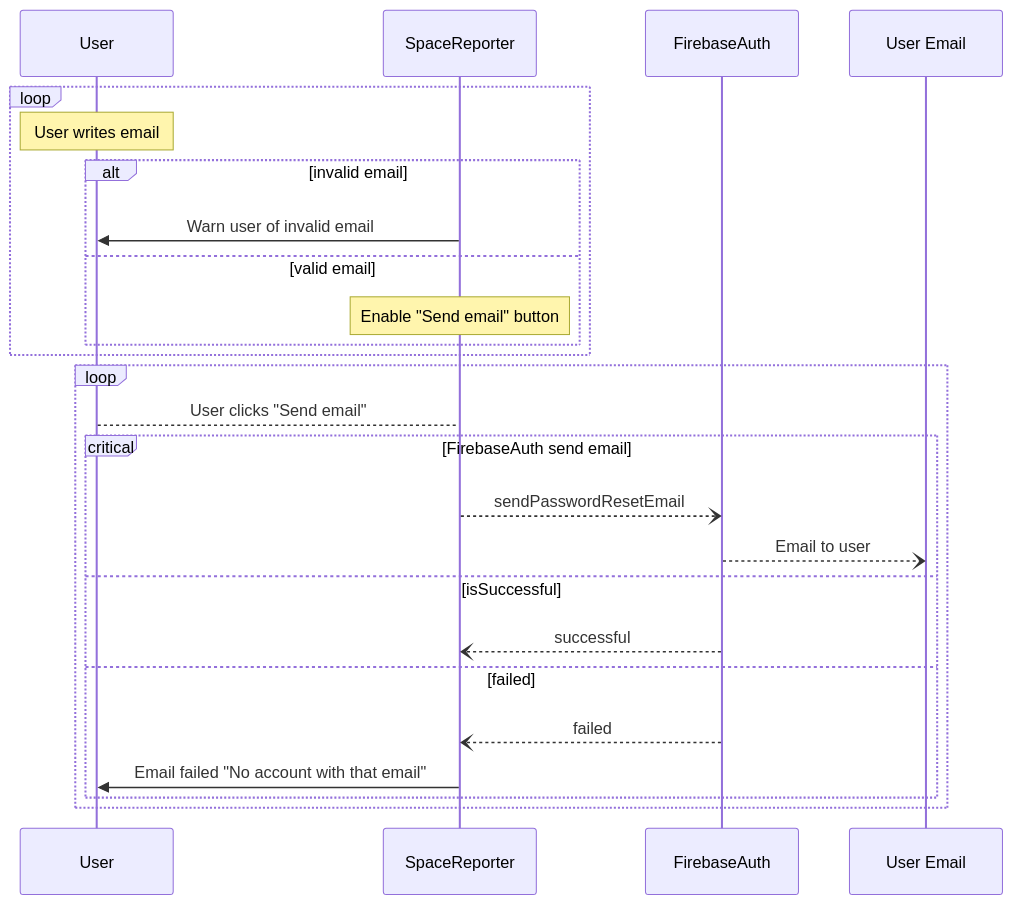
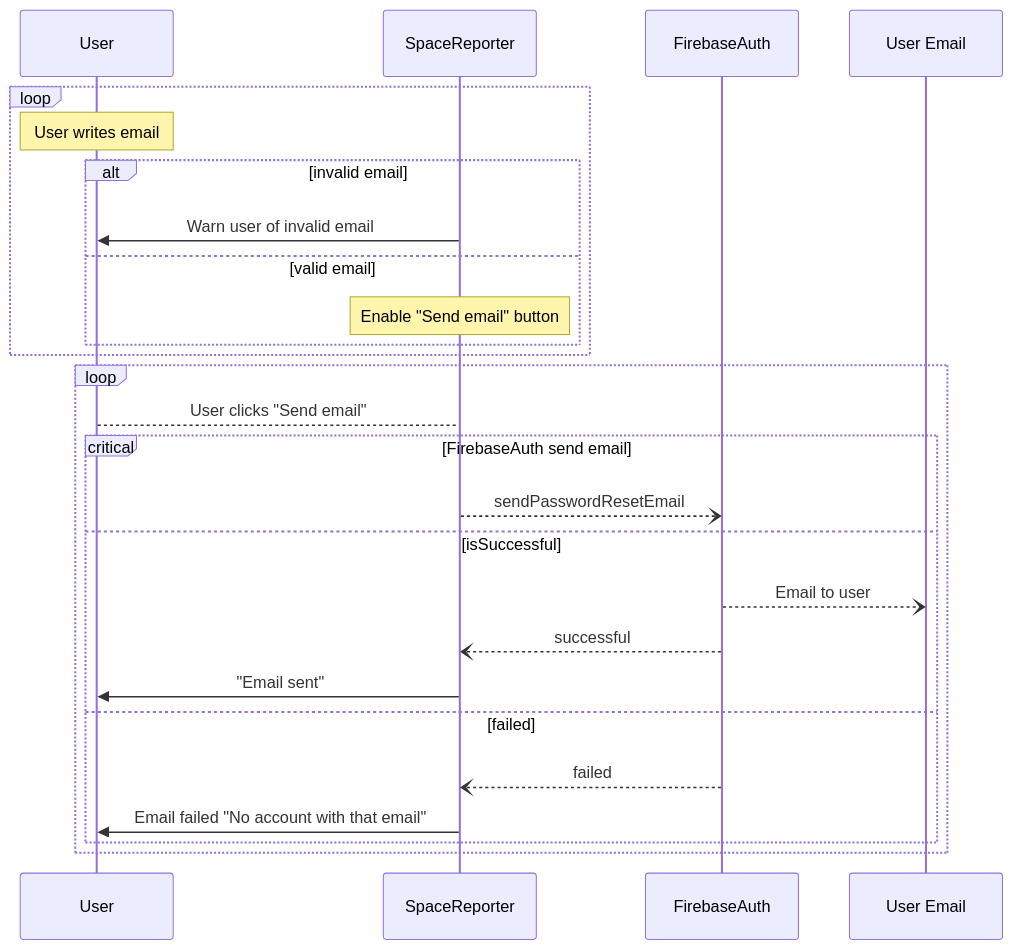
The second of 3 diagrams in docs/login.md (Charly98cma/Space-Reporter), drawn with Mermaid before and after one commit. The commit also changed other lines of this file, not shown here.

Commit message:
doc: Fix on diagrams

````diff
--- a/docs/login.md
+++ b/docs/login.md
@@ -34,27 +36,28 @@
 ```mermaid
 sequenceDiagram
     participant us as User
     participant sr as SpaceReporter
     participant fb as FirebaseAuth
     participant em as User Email
     loop 
         Note over us: User writes email
         alt invalid email
             sr->>us: Warn user of invalid email
         else valid email
             Note over sr: Enable "Send email" button
         end
     end
     loop
         us-->sr: User clicks "Send email"
         critical FirebaseAuth send email
             sr--)fb: sendPasswordResetEmail
+            option isSuccessful
             fb--)em: Email to user
-            option isSuccessful
                 fb--)sr: successful
+                sr->>us: "Email sent"
             option failed
                 fb--)sr: failed
                 sr->>us: Email failed "No account with that email"
         end
     end
 ```
````
